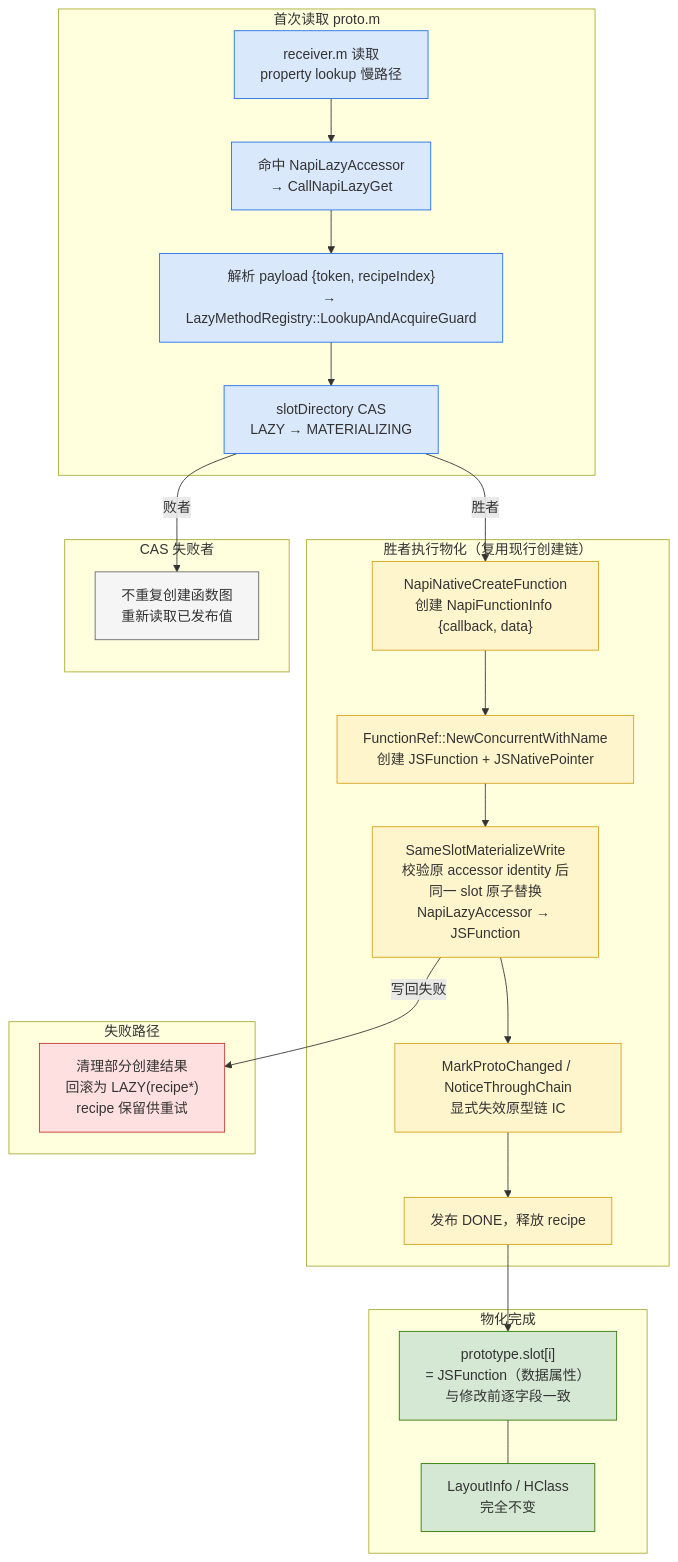
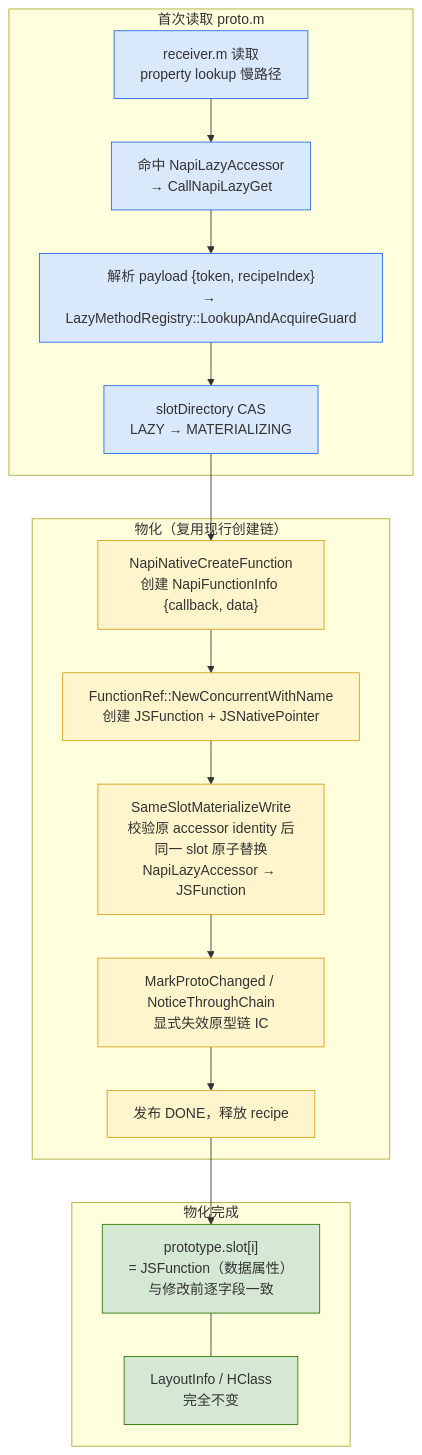
The third of 4 diagrams in hidden-class-comparison/detailed-proposals/native-interop-lazy-binding/06-InternalAccessor迁移NAPI设计评审.md (xuanjiazhen/invest), drawn with Mermaid before and after one commit. The commit also changed other lines of this file, not shown here.

Commit message:
native-interop-lazy-binding: 06 阶段二移除败者路径与写回失败分支
人工意见：移除首次读取与物化的败者路径，写回失败一并移除，
胜者文字不用体现。

- mermaid 图：删除 FAIL/CONCUR 子图及对应边/样式
- 文字：删除 CAS 败者重读、创建/写回失败回滚段
- 风险表：删除「失败回滚」「故障注入后可重试」
- 测试列表：删除「异常回滚」「函数创建失败/属性写回失败完整回滚」

````diff
--- a/hidden-class-comparison/detailed-proposals/native-interop-lazy-binding/06-InternalAccessor迁移NAPI设计评审.md
+++ b/hidden-class-comparison/detailed-proposals/native-interop-lazy-binding/06-InternalAccessor迁移NAPI设计评审.md
@@ -270,47 +270,33 @@
 ```mermaid
 flowchart TB
     subgraph READ["首次读取 proto.m"]
         R0["receiver.m 读取<br/>property lookup 慢路径"]
         R1["命中 NapiLazyAccessor<br/>→ CallNapiLazyGet"]
         R2["解析 payload {token, recipeIndex}<br/>→ LazyMethodRegistry::LookupAndAcquireGuard"]
         R3["slotDirectory CAS<br/>LAZY → MATERIALIZING"]
     end
 
-    subgraph MAT["胜者执行物化（复用现行创建链）"]
+    subgraph MAT["物化（复用现行创建链）"]
         M1["NapiNativeCreateFunction<br/>创建 NapiFunctionInfo {callback, data}"]
         M2["FunctionRef::NewConcurrentWithName<br/>创建 JSFunction + JSNativePointer"]
         M3["SameSlotMaterializeWrite<br/>校验原 accessor identity 后<br/>同一 slot 原子替换<br/>NapiLazyAccessor → JSFunction"]
         M4["MarkProtoChanged / NoticeThroughChain<br/>显式失效原型链 IC"]
         M5["发布 DONE，释放 recipe"]
     end
 
     subgraph RESULT["物化完成"]
         F1["prototype.slot[i]<br/>= JSFunction（数据属性）<br/>与修改前逐字段一致"]
         F2["LayoutInfo / HClass<br/>完全不变"]
     end
 
-    subgraph FAIL["失败路径"]
-        X1["清理部分创建结果<br/>回滚为 LAZY(recipe*)<br/>recipe 保留供重试"]
-    end
-
-    subgraph CONCUR["CAS 失败者"]
-        L1["不重复创建函数图<br/>重新读取已发布值"]
-    end
-
     R0 --> R1 --> R2 --> R3
-    R3 -->|"胜者"| M1 --> M2 --> M3 --> M4 --> M5 --> F1
-    M3 -->|"写回失败"| X1
-    R3 -->|"败者"| L1
+    R3 --> M1 --> M2 --> M3 --> M4 --> M5 --> F1
     F1 --- F2
 
     classDef read fill:#dae8fc,stroke:#1f6feb,color:#333
     classDef mat fill:#fff5cc,stroke:#d4a017,color:#333
     classDef result fill:#d5e8d4,stroke:#2d7600,color:#333
-    classDef fail fill:#ffe0e0,stroke:#c0392b,color:#333
-    classDef concur fill:#f5f5f5,stroke:#666,color:#333
     class R0,R1,R2,R3 read
     class M1,M2,M3,M4,M5 mat
     class F1,F2 result
-    class X1 fail
-    class L1 concur
 ```
````
